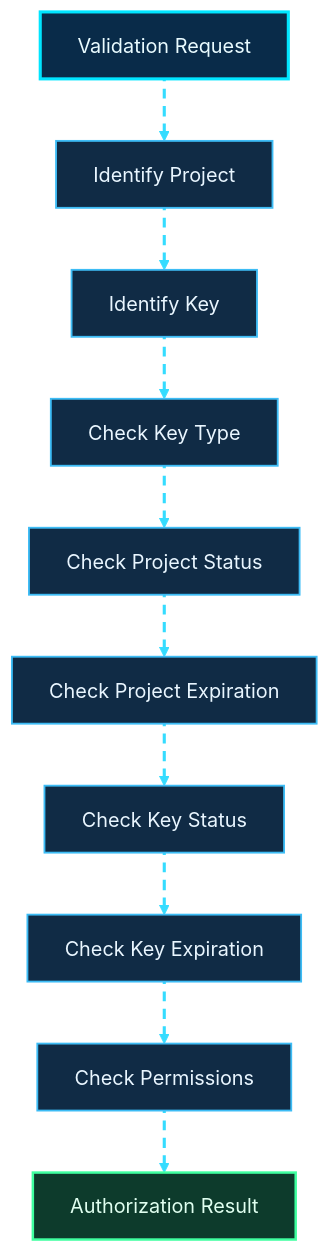
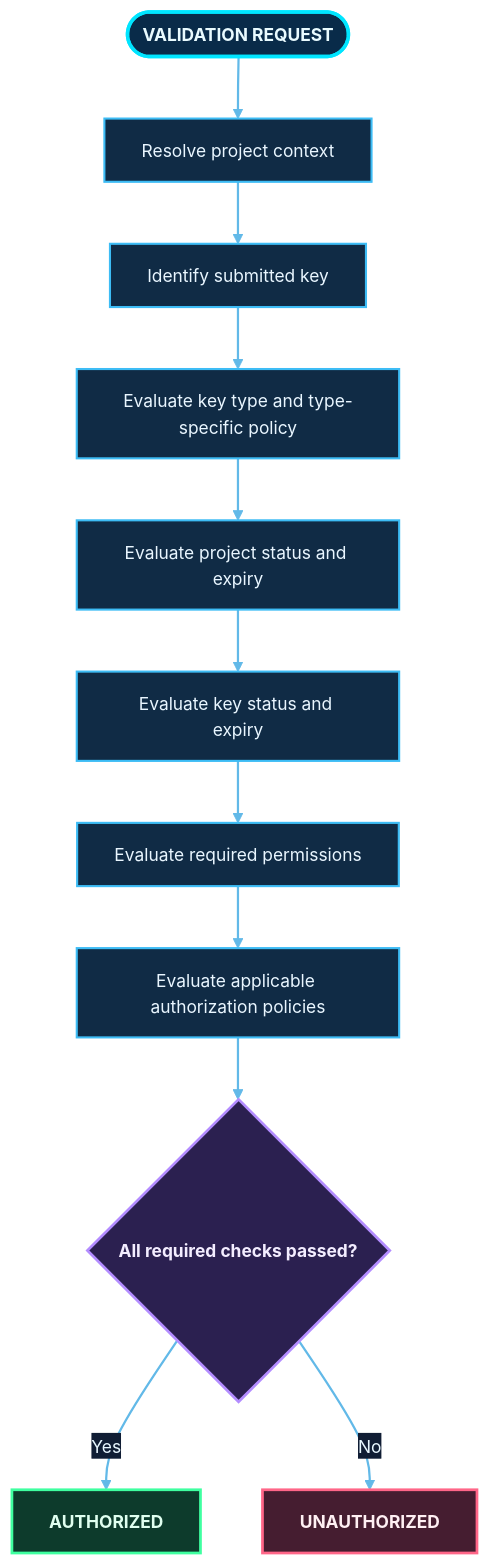
Diagram 11 of 23 in README.md (shajeduzzamanenan992008inc/NexOra-Database-key-Gen), drawn with Mermaid before and after one commit. The commit also changed other lines of this file, not shown here.

````diff
--- a/README.md
+++ b/README.md
@@ -1030,31 +1025,32 @@
 ```mermaid
-%%{init: {"theme":"base","themeVariables":{"darkMode":true,"background":"#07111f","primaryColor":"#102744","primaryTextColor":"#e8f7ff","primaryBorderColor":"#00d9ff","lineColor":"#7297c8","secondaryColor":"#261d45","secondaryTextColor":"#f3eaff","secondaryBorderColor":"#a78bfa","tertiaryColor":"#12332b","tertiaryTextColor":"#e0fff1","tertiaryBorderColor":"#41e6a2","fontFamily":"Inter, Segoe UI, sans-serif","edgeLabelBackground":"#101d34","mainBkg":"#102744","nodeBorder":"#00d9ff","clusterBkg":"#0b1930","clusterBorder":"#6f7dff","actorBkg":"#102744","actorBorder":"#00d9ff","actorTextColor":"#e8f7ff","signalColor":"#64d8ff","signalTextColor":"#e8f7ff","noteBkgColor":"#0e332b","noteBorderColor":"#41e6a2","noteTextColor":"#e0fff1"}}}%%
-flowchart TD
-    A["Validation Request"] nx09e01@--> B["Identify Project"]
-    B nx09e02@--> C["Identify Key"]
-    C nx09e03@--> D["Check Key Type"]
-    D nx09e04@--> E["Check Project Status"]
-    E nx09e05@--> F["Check Project Expiration"]
-    F nx09e06@--> G["Check Key Status"]
-    G nx09e07@--> H["Check Key Expiration"]
-    H nx09e08@--> I["Check Permissions"]
-    I nx09e09@--> J["Authorization Result"]
+%%{init: {"theme":"base","themeVariables":{"darkMode":true,"background":"#07111f","primaryColor":"#102744","primaryTextColor":"#e8f7ff","primaryBorderColor":"#00d9ff","lineColor":"#62b9e8","secondaryColor":"#261d45","secondaryTextColor":"#f3eaff","secondaryBorderColor":"#a78bfa","tertiaryColor":"#12332b","tertiaryTextColor":"#e0fff1","tertiaryBorderColor":"#41e6a2","fontFamily":"Inter, Segoe UI, sans-serif","fontSize":"14px","edgeLabelBackground":"#101d34","mainBkg":"#102744","nodeBorder":"#00d9ff","clusterBkg":"#0b1930","clusterBorder":"#6f7dff","actorBkg":"#102744","actorBorder":"#00d9ff","actorTextColor":"#e8f7ff","signalColor":"#64d8ff","signalTextColor":"#e8f7ff","noteBkgColor":"#0e332b","noteBorderColor":"#41e6a2","noteTextColor":"#e0fff1"}}}%%
+flowchart TB
+    REQUEST(["VALIDATION REQUEST"]) --> CONTEXT["Resolve project context"]
+    CONTEXT --> KEY["Identify submitted key"]
+    KEY --> TYPE["Evaluate key type and type-specific policy"]
+    TYPE --> PROJECT["Evaluate project status and expiry"]
+    PROJECT --> KEYSTATE["Evaluate key status and expiry"]
+    KEYSTATE --> PERMISSION["Evaluate required permissions"]
+    PERMISSION --> POLICY["Evaluate applicable authorization policies"]
+    POLICY --> ALL{"All required checks passed?"}
+    ALL -->|Yes| ALLOW["AUTHORIZED"]
+    ALL -->|No| DENY["UNAUTHORIZED"]
 
-    %% OMEGA NEX-ORA visual classes
-    %% OMEGA NEX-ORA / ULTRA NEON PALETTE
-    classDef nxCore fill:#092b49,stroke:#00e5ff,stroke-width:2.5px,color:#e9fbff;
-    classDef nxProcess fill:#102b45,stroke:#3dbcf5,stroke-width:1.5px,color:#e9f6ff;
-    classDef nxDecision fill:#2b2050,stroke:#b38cff,stroke-width:2px,color:#f3edff;
-    classDef nxSuccess fill:#0d3b2c,stroke:#3fffa0,stroke-width:2px,color:#e0fff0;
-    classDef nxDanger fill:#451d30,stroke:#ff6688,stroke-width:2px,color:#fff0f3;
+
+    %% OMEGA NEX-ORA · ULTRA NEON DESIGN SYSTEM
+    classDef nxCore fill:#092b49,stroke:#00e5ff,stroke-width:2.8px,color:#e9fbff,font-weight:bold;
+    classDef nxProcess fill:#102b45,stroke:#3dbcf5,stroke-width:1.7px,color:#e9f6ff;
+    classDef nxDecision fill:#2b2050,stroke:#b38cff,stroke-width:2.2px,color:#f3edff,font-weight:bold;
+    classDef nxSuccess fill:#0d3b2c,stroke:#3fffa0,stroke-width:2.2px,color:#e0fff0,font-weight:bold;
+    classDef nxDanger fill:#451d30,stroke:#ff6688,stroke-width:2.2px,color:#fff0f3,font-weight:bold;
     classDef nxData fill:#12352d,stroke:#63e6be,stroke-width:2px,color:#e1fff5;
     classDef nxExternal fill:#2b2149,stroke:#c4a5ff,stroke-width:2px,color:#f3ecff;
     classDef nxInfo fill:#17253e,stroke:#91a7c9,stroke-width:1.5px,color:#e5efff;
     classDef nxWarning fill:#453116,stroke:#fbbf24,stroke-width:2px,color:#fff6d6;
-    %% Moving dashed route: Mermaid applies this class to explicitly identified edges.
-    classDef nxAnimated stroke:#35dcff,stroke-width:2.5px,stroke-dasharray:8\,6,stroke-dashoffset:1000,animation:dash 24s linear infinite;
-    class A nxCore;
-    class B,C,D,E,F,G,H,I nxProcess;
-    class J nxSuccess;
-    class nx09e01,nx09e02,nx09e03,nx09e04,nx09e05,nx09e06,nx09e07,nx09e08,nx09e09 nxAnimated;
+    linkStyle default stroke:#62b9e8,stroke-width:1.8px;
+    class REQUEST nxCore;
+    class CONTEXT,KEY,TYPE,PROJECT,KEYSTATE,PERMISSION,POLICY nxProcess;
+    class ALL nxDecision;
+    class ALLOW nxSuccess;
+    class DENY nxDanger;
 ```
````
